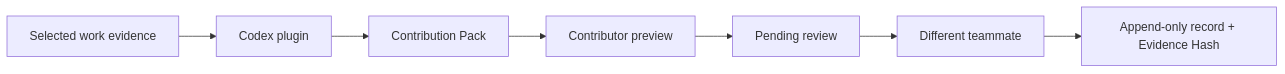
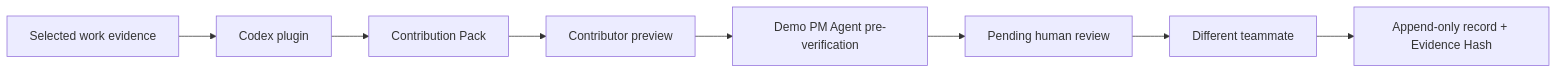
The diagram in README.md (alexfanzong/ledger-contribution), drawn with Mermaid before and after one commit. The commit also changed other lines of this file and 7 other files, not shown here.

````diff
--- a/README.md
+++ b/README.md
@@ -59,9 +60,10 @@
 ```mermaid
 flowchart LR
     A["Selected work evidence"] --> B["Codex plugin"]
     B --> C["Contribution Pack"]
     C --> D["Contributor preview"]
-    D --> E["Pending review"]
-    E --> F["Different teammate"]
-    F --> G["Append-only record + Evidence Hash"]
+    D --> E["Demo PM Agent pre-verification"]
+    E --> F["Pending human review"]
+    F --> G["Different teammate"]
+    G --> H["Append-only record + Evidence Hash"]
 ```
````
